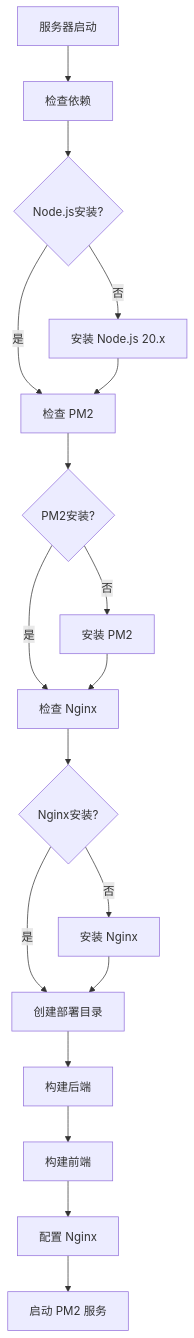
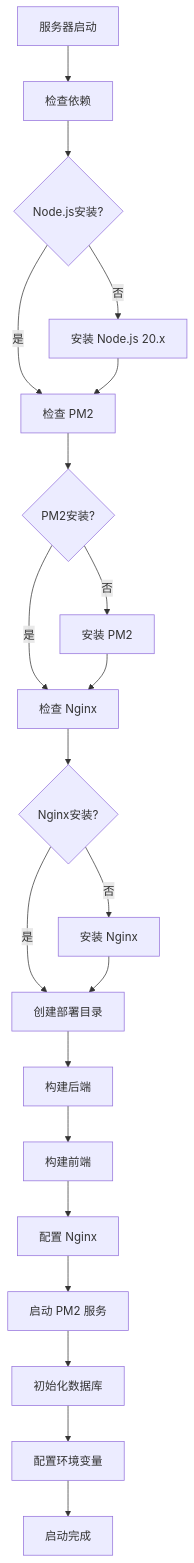
The second of 15 diagrams in .qoder/repowiki/zh/content/开发指南/部署基础设施.md (songdiyang/clawOperations), drawn with Mermaid before and after one commit. The commit also changed other lines of this file and 10 other files, not shown here.

````diff
--- a/.qoder/repowiki/zh/content/开发指南/部署基础设施.md
+++ b/.qoder/repowiki/zh/content/开发指南/部署基础设施.md
@@ -121,20 +129,23 @@
 ```mermaid
 flowchart TD
 A[服务器启动] --> B[检查依赖]
 B --> C{Node.js安装?}
 C --> |否| D[安装 Node.js 20.x]
 C --> |是| E[检查 PM2]
 D --> E
 E --> F{PM2安装?}
 F --> |否| G[安装 PM2]
 F --> |是| H[检查 Nginx]
 G --> H
 H --> I{Nginx安装?}
 I --> |否| J[安装 Nginx]
 I --> |是| K[创建部署目录]
 J --> K
 K --> L[构建后端]
 L --> M[构建前端]
 M --> N[配置 Nginx]
 N --> O[启动 PM2 服务]
+O --> P[初始化数据库]
+P --> Q[配置环境变量]
+Q --> R[启动完成]
 ```
````
